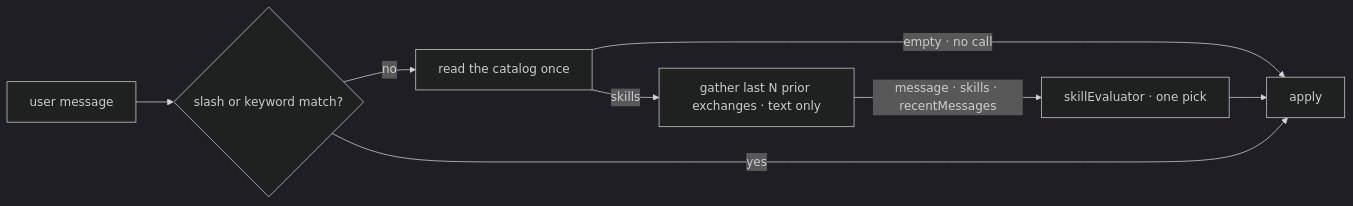
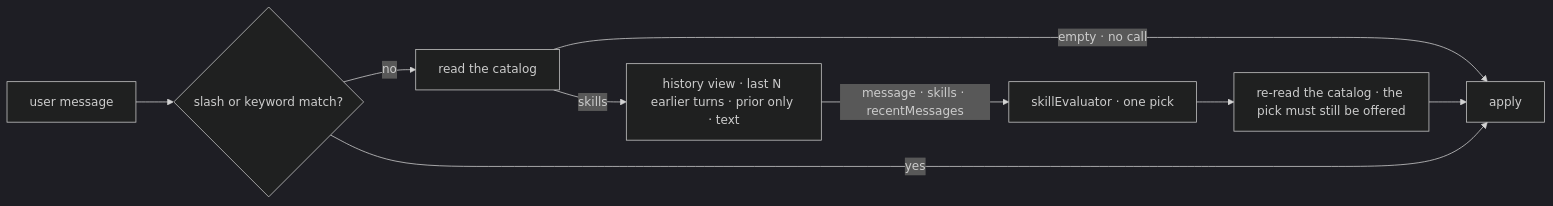
The second of 2 diagrams in specs/issues/FIX-1595/SPEC.md (fixpoint-labs/flow-state-dev), drawn with Mermaid (dark theme) before and after one commit. The commit also changed other lines of this file and 5 other files, not shown here.

First line of the commit message:
spec(FIX-1595): review round 1 — prior-only history option, turns not exchanges, keep catalog re-read

````diff
--- a/specs/issues/FIX-1595/SPEC.md
+++ b/specs/issues/FIX-1595/SPEC.md
@@ -71,10 +71,11 @@
 ```mermaid
 flowchart LR
   M["user message"] --> T{"slash or keyword match?"}
-  T -->|"no"| C["read the catalog once"]
+  T -->|"no"| C["read the catalog"]
   C -->|"empty · no call"| A["apply"]
-  C -->|"skills"| G["gather last N prior exchanges · text only"]
+  C -->|"skills"| G["history view · last N earlier turns · prior only · text"]
   G -->|"message · skills · recentMessages"| E["skillEvaluator · one pick"]
-  E --> A
+  E --> R["re-read the catalog · the pick must still be offered"]
+  R --> A
   T -->|"yes"| A
 ```
````
